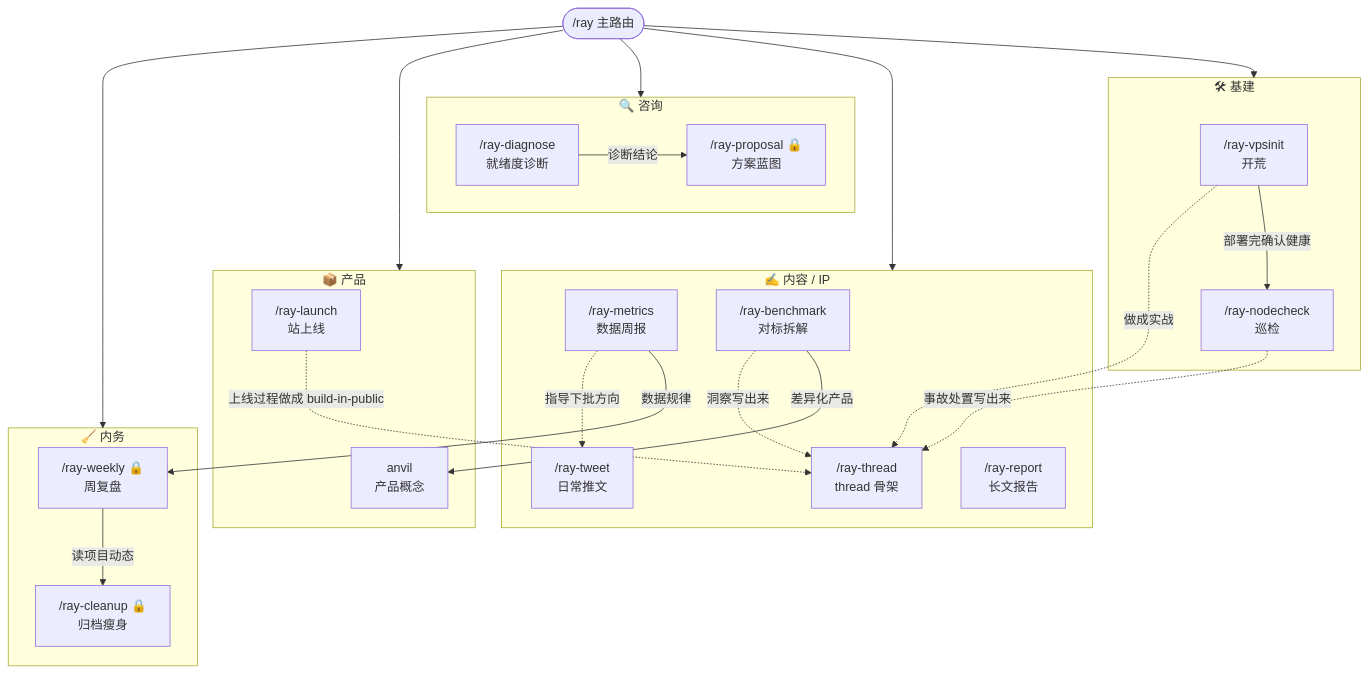
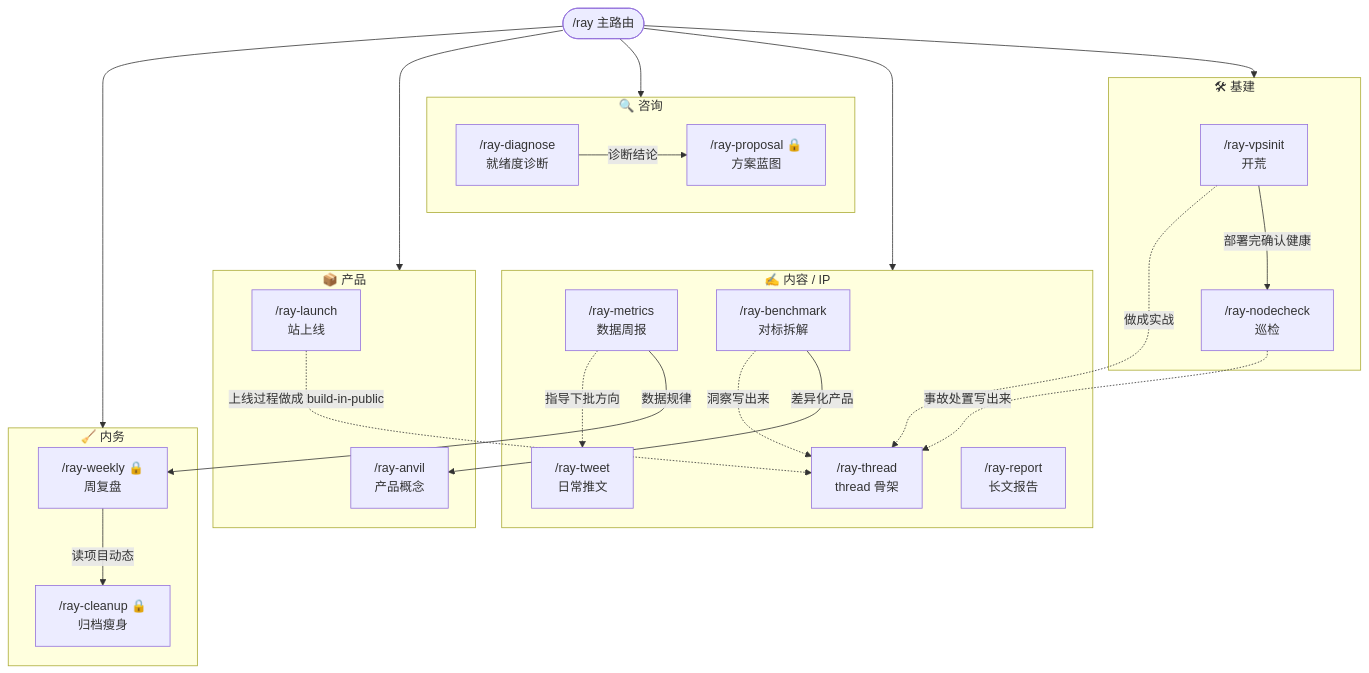
The diagram in docs/skill-link-map.md (imraywang/rayskills), drawn with Mermaid before and after one commit. The commit also changed other lines of this file and 6 other files, not shown here.

First line of the commit message:
anvil → ray-anvil:并入 ray-* 命名体系

````diff
--- a/docs/skill-link-map.md
+++ b/docs/skill-link-map.md
@@ -5,42 +5,42 @@
 ```mermaid
 flowchart TD
     RAY(["/ray 主路由"])
 
     subgraph INFRA["🛠 基建"]
         VPSINIT["/ray-vpsinit\n开荒"]
         NODECHECK["/ray-nodecheck\n巡检"]
     end
     subgraph CONTENT["✍️ 内容 / IP"]
         THREAD["/ray-thread\nthread 骨架"]
         TWEET["/ray-tweet\n日常推文"]
         METRICS["/ray-metrics\n数据周报"]
         BENCH["/ray-benchmark\n对标拆解"]
         REPORT["/ray-report\n长文报告"]
     end
     subgraph CONSULT["🔍 咨询"]
         DIAG["/ray-diagnose\n就绪度诊断"]
         PROP["/ray-proposal 🔒\n方案蓝图"]
     end
     subgraph PRODUCT["📦 产品"]
-        ANVIL["anvil\n产品概念"]
+        ANVIL["/ray-anvil\n产品概念"]
         LAUNCH["/ray-launch\n站上线"]
     end
     subgraph OPS["🧹 内务"]
         WEEKLY["/ray-weekly 🔒\n周复盘"]
         CLEANUP["/ray-cleanup 🔒\n归档瘦身"]
     end
 
     RAY --> INFRA & CONTENT & CONSULT & PRODUCT & OPS
 
     %% 常见衔接
     DIAG -->|诊断结论| PROP
     VPSINIT -->|部署完确认健康| NODECHECK
     VPSINIT -.->|做成实战| THREAD
     NODECHECK -.->|事故处置写出来| THREAD
     LAUNCH -.->|上线过程做成 build-in-public| THREAD
     BENCH -->|差异化产品| ANVIL
     BENCH -.->|洞察写出来| THREAD
     METRICS -->|数据规律| WEEKLY
     METRICS -.->|指导下批方向| TWEET
     WEEKLY -->|读项目动态| CLEANUP
 ```
````
